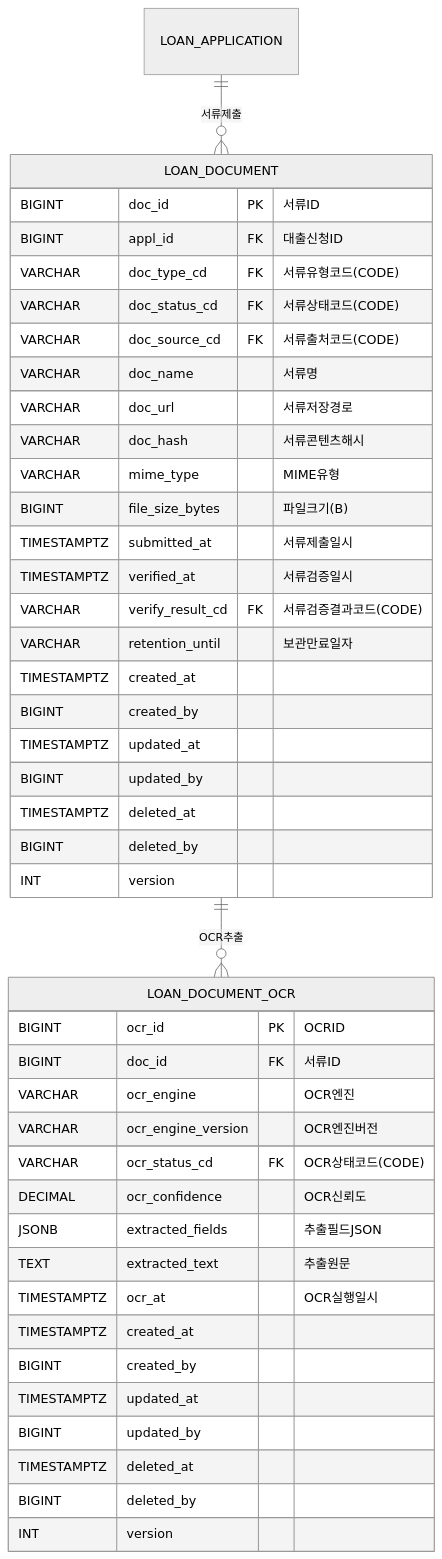
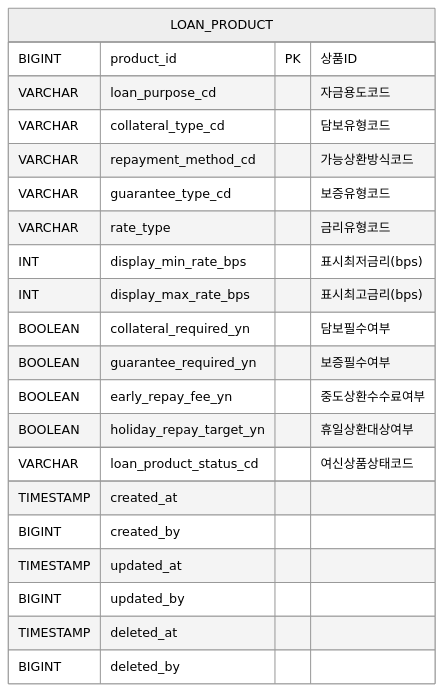
One commit to asitwas729/internet_banking changed the second of 8 diagrams in docs/loan_erd.md. Above: the diagram before and after it, drawn with Mermaid (neutral theme). The commit also changed other lines of this file and 106 other files, not shown here.

````diff
--- a/docs/loan_erd.md
+++ b/docs/loan_erd.md
@@ -266,48 +47,24 @@
 ```mermaid
 erDiagram
-    LOAN_DOCUMENT {
-        BIGINT doc_id PK "서류ID"
-        BIGINT appl_id FK "대출신청ID"
-        VARCHAR doc_type_cd FK "서류유형코드(CODE)"
-        VARCHAR doc_status_cd FK "서류상태코드(CODE)"
-        VARCHAR doc_source_cd FK "서류출처코드(CODE)"
-        VARCHAR doc_name "서류명"
-        VARCHAR doc_url "서류저장경로"
-        VARCHAR doc_hash "서류콘텐츠해시"
-        VARCHAR mime_type "MIME유형"
-        BIGINT file_size_bytes "파일크기(B)"
-        TIMESTAMPTZ submitted_at "서류제출일시"
-        TIMESTAMPTZ verified_at "서류검증일시"
-        VARCHAR verify_result_cd FK "서류검증결과코드(CODE)"
-        VARCHAR retention_until "보관만료일자"
-        TIMESTAMPTZ created_at
+    LOAN_PRODUCT {
+        BIGINT product_id PK "상품ID"
+        VARCHAR loan_purpose_cd "자금용도코드"
+        VARCHAR collateral_type_cd "담보유형코드"
+        VARCHAR repayment_method_cd "가능상환방식코드"
+        VARCHAR guarantee_type_cd "보증유형코드"
+        VARCHAR rate_type "금리유형코드"
+        INT display_min_rate_bps "표시최저금리(bps)"
+        INT display_max_rate_bps "표시최고금리(bps)"
+        BOOLEAN collateral_required_yn "담보필수여부"
+        BOOLEAN guarantee_required_yn "보증필수여부"
+        BOOLEAN early_repay_fee_yn "중도상환수수료여부"
+        BOOLEAN holiday_repay_target_yn "휴일상환대상여부"
+        VARCHAR loan_product_status_cd "여신상품상태코드"
+        TIMESTAMP created_at
         BIGINT created_by
-        TIMESTAMPTZ updated_at
+        TIMESTAMP updated_at
         BIGINT updated_by
-        TIMESTAMPTZ deleted_at
+        TIMESTAMP deleted_at
         BIGINT deleted_by
-        INT version
     }
-
-    LOAN_DOCUMENT_OCR {
-        BIGINT ocr_id PK "OCRID"
-        BIGINT doc_id FK "서류ID"
-        VARCHAR ocr_engine "OCR엔진"
-        VARCHAR ocr_engine_version "OCR엔진버전"
-        VARCHAR ocr_status_cd FK "OCR상태코드(CODE)"
-        DECIMAL ocr_confidence "OCR신뢰도"
-        JSONB extracted_fields "추출필드JSON"
-        TEXT extracted_text "추출원문"
-        TIMESTAMPTZ ocr_at "OCR실행일시"
-        TIMESTAMPTZ created_at
-        BIGINT created_by
-        TIMESTAMPTZ updated_at
-        BIGINT updated_by
-        TIMESTAMPTZ deleted_at
-        BIGINT deleted_by
-        INT version
-    }
-
-    LOAN_APPLICATION ||--o{ LOAN_DOCUMENT : "서류제출"
-    LOAN_DOCUMENT ||--o{ LOAN_DOCUMENT_OCR : "OCR추출"
 ```
````
